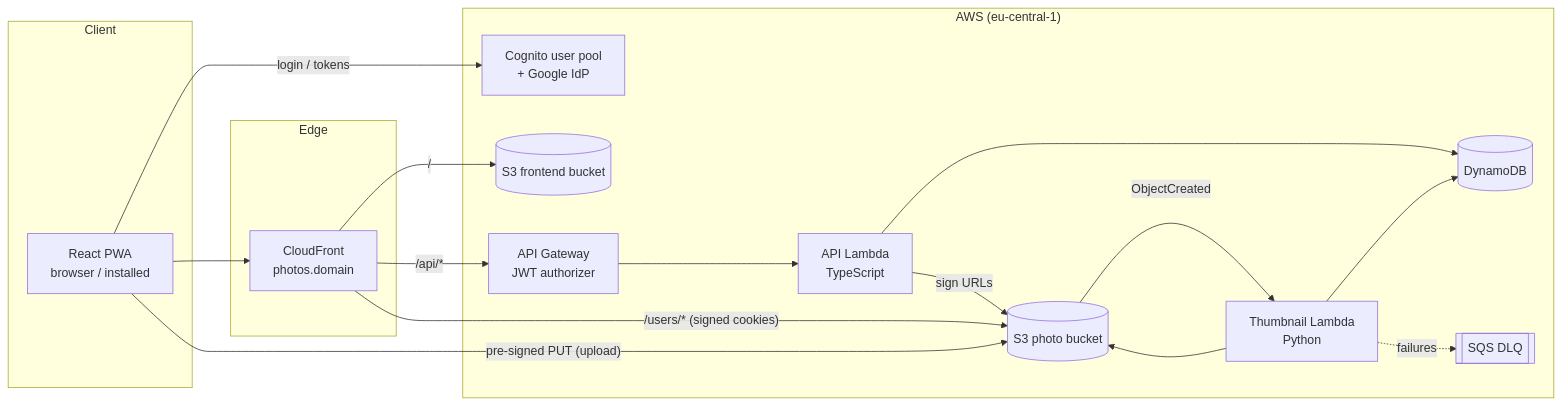
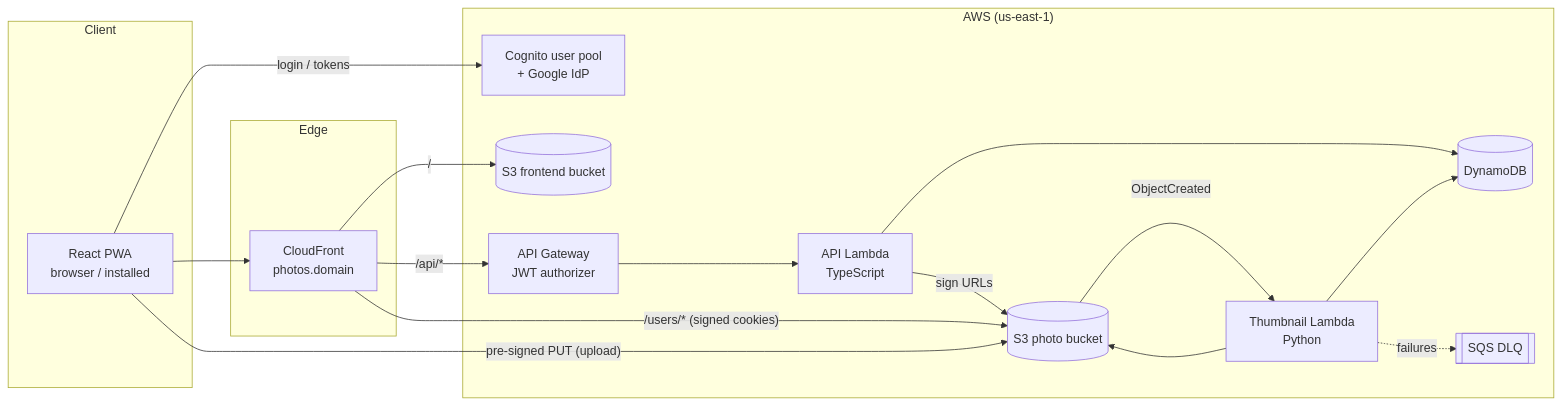
One commit to EdgarA28/Photo-app changed the diagram in docs/SPECIFICATION.md. Above: the diagram before and after it, drawn with Mermaid. The commit also changed other lines of this file and 26 other files, not shown here.

````diff
--- a/docs/SPECIFICATION.md
+++ b/docs/SPECIFICATION.md
@@ -140,34 +139,34 @@
 ```mermaid
 flowchart LR
   subgraph Client
     PWA[React PWA<br/>browser / installed]
   end
 
   subgraph Edge
     CF[CloudFront<br/>photos.domain]
   end
 
-  subgraph AWS["AWS (eu-central-1)"]
+  subgraph AWS["AWS (us-east-1)"]
     COG[Cognito user pool<br/>+ Google IdP]
     APIGW[API Gateway<br/>JWT authorizer]
     API[API Lambda<br/>TypeScript]
     DDB[(DynamoDB)]
     WEB[(S3 frontend bucket)]
     S3[(S3 photo bucket)]
     THUMB[Thumbnail Lambda<br/>Python]
     DLQ[[SQS DLQ]]
   end
 
   PWA -- login / tokens --> COG
   PWA --> CF
   CF -- "/" --> WEB
   CF -- "/api/*" --> APIGW --> API
   CF -- "/users/* (signed cookies)" --> S3
   API --> DDB
   API -- sign URLs --> S3
   PWA -- "pre-signed PUT (upload)" --> S3
   S3 -- ObjectCreated --> THUMB
   THUMB --> S3
   THUMB --> DDB
   THUMB -. failures .-> DLQ
 ```
````
